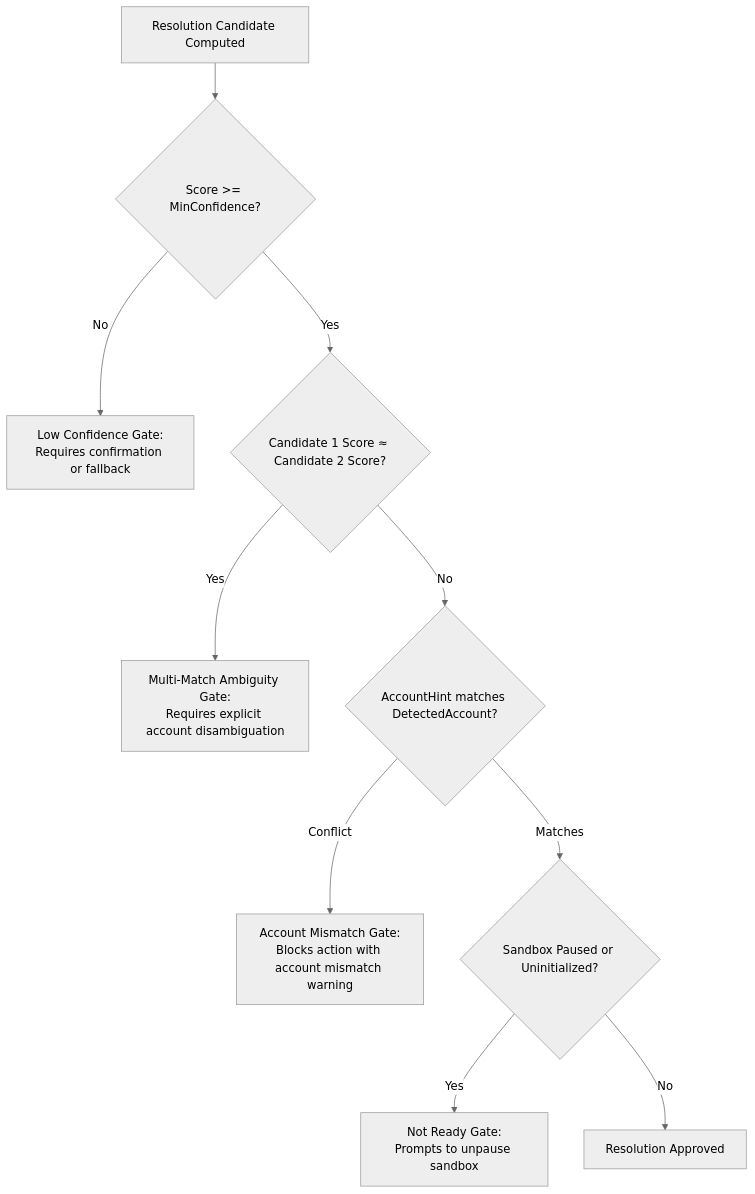
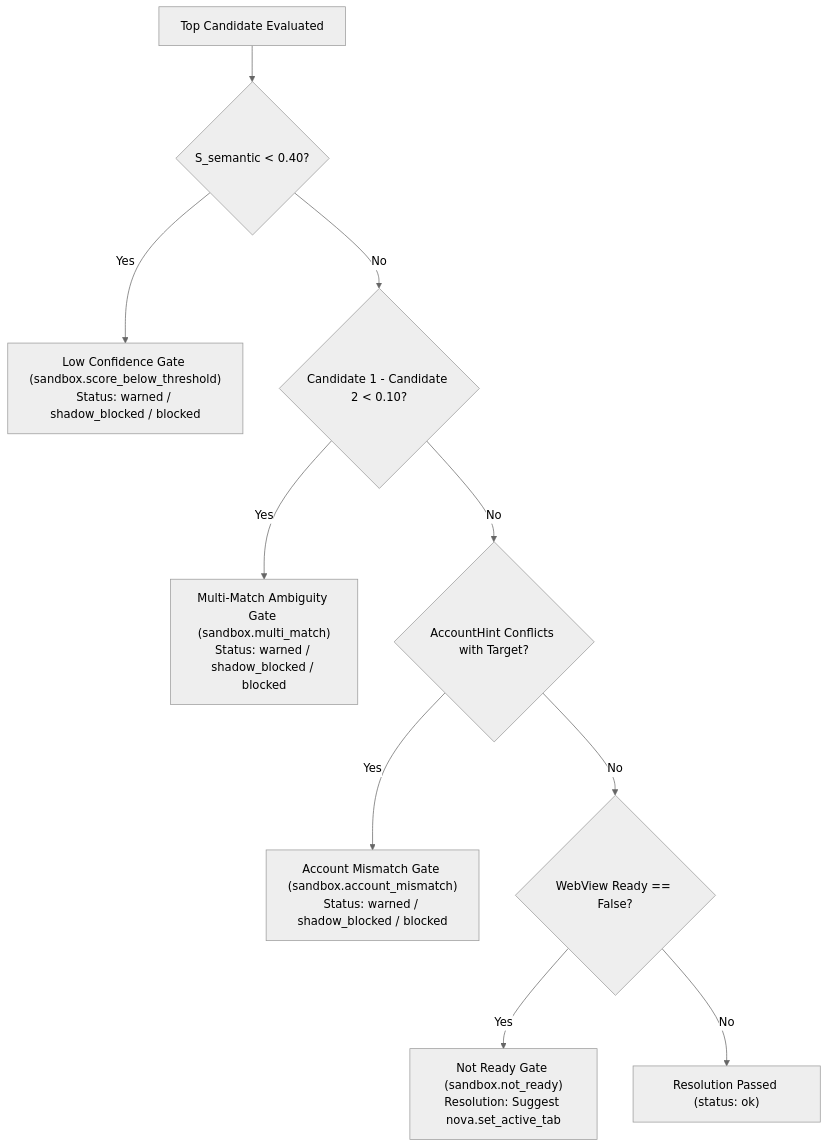
Before and after one commit to joelaniol/nova: the fourth of 4 diagrams in docs/core-features/sandbox-isolation/intent-routing-and-agent-interaction.md, drawn with Mermaid (neutral theme). The commit also changed other lines of this file and 3 other files, not shown here.

Commit message:
docs(sandbox-isolation): expand architectural reference with anchors, routing, and GUI controls

````diff
--- a/docs/core-features/sandbox-isolation/intent-routing-and-agent-interaction.md
+++ b/docs/core-features/sandbox-isolation/intent-routing-and-agent-interaction.md
@@ -80,12 +137,12 @@
 ```mermaid
 graph TD
-    A["Resolution Candidate Computed"] --> B{"Score >= MinConfidence?"}
-    B -- "No" --> G1["Low Confidence Gate:\nRequires confirmation or fallback"]
-    B -- "Yes" --> C{"Candidate 1 Score ≈ Candidate 2 Score?"}
-    C -- "Yes" --> G2["Multi-Match Ambiguity Gate:\nRequires explicit account disambiguation"]
-    C -- "No" --> D{"AccountHint matches DetectedAccount?"}
-    D -- "Conflict" --> G3["Account Mismatch Gate:\nBlocks action with account mismatch warning"]
-    D -- "Matches" --> E{"Sandbox Paused or Uninitialized?"}
-    E -- "Yes" --> G4["Not Ready Gate:\nPrompts to unpause sandbox"]
-    E -- "No" --> F["Resolution Approved"]
+    Cand["Top Candidate Evaluated"] --> G1{"S_semantic < 0.40?"}
+    G1 -- "Yes" --> B1["Low Confidence Gate (sandbox.score_below_threshold)\nStatus: warned / shadow_blocked / blocked"]
+    G1 -- "No" --> G2{"Candidate 1 - Candidate 2 < 0.10?"}
+    G2 -- "Yes" --> B2["Multi-Match Ambiguity Gate (sandbox.multi_match)\nStatus: warned / shadow_blocked / blocked"]
+    G2 -- "No" --> G3{"AccountHint Conflicts with Target?"}
+    G3 -- "Yes" --> B3["Account Mismatch Gate (sandbox.account_mismatch)\nStatus: warned / shadow_blocked / blocked"]
+    G3 -- "No" --> G4{"WebView Ready == False?"}
+    G4 -- "Yes" --> B4["Not Ready Gate (sandbox.not_ready)\nResolution: Suggest nova.set_active_tab"]
+    G4 -- "No" --> Pass["Resolution Passed (status: ok)"]
 ```
````
